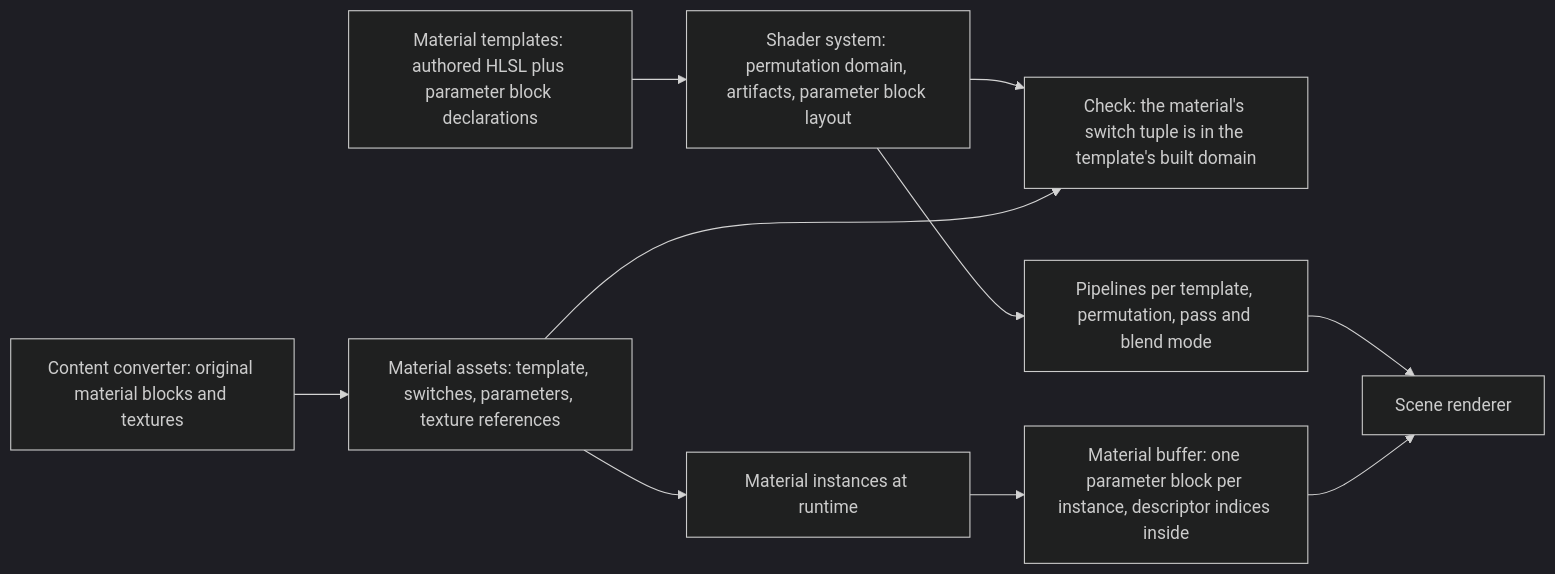
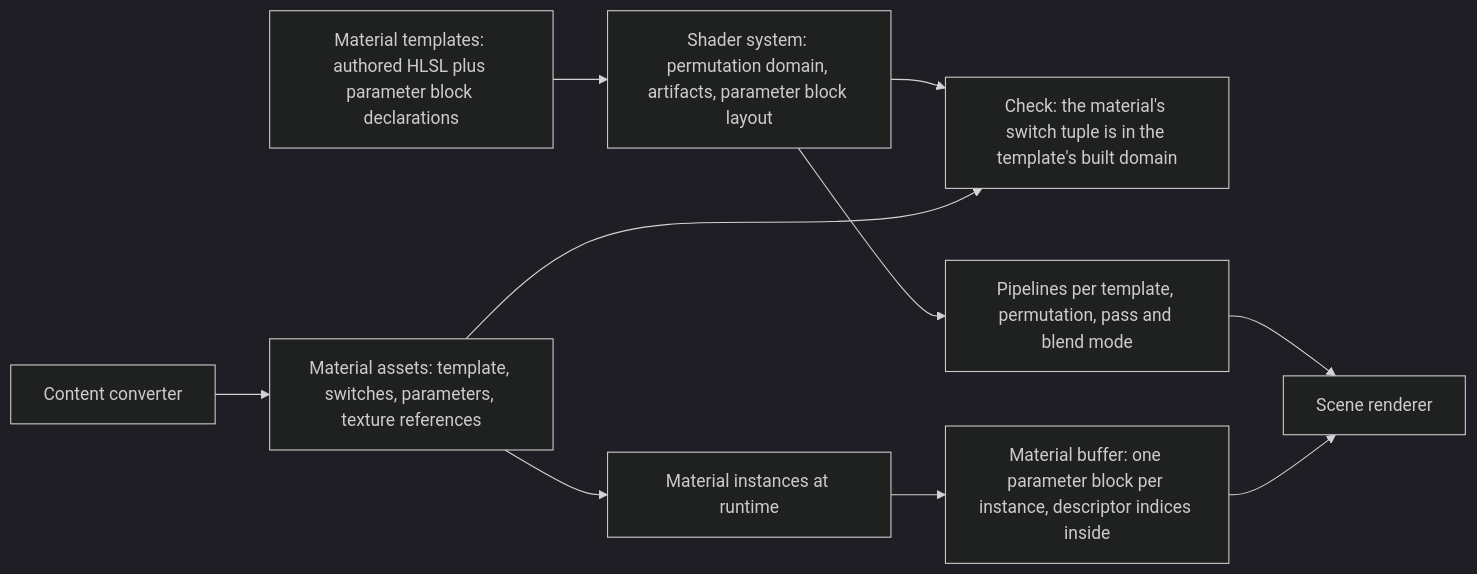
Before and after one commit to plainsight-systems/bullet-witch: the first of 3 diagrams in docs/architecture/materials.md, drawn with Mermaid (dark theme). The commit also changed other lines of this file and 113 other files, not shown here.

````diff
--- a/docs/architecture/materials.md
+++ b/docs/architecture/materials.md
@@ -18,12 +18,12 @@
 ```mermaid
 flowchart LR
-    IMP["Content converter: original material blocks and textures"] --> MA["Material assets: template, switches, parameters, texture references"]
+    IMP["Content converter"] --> MA["Material assets: template, switches, parameters, texture references"]
     T["Material templates: authored HLSL plus parameter block declarations"] --> SS["Shader system: permutation domain, artifacts, parameter block layout"]
     SS --> CH["Check: the material's switch tuple is in the template's built domain"]
     MA --> CH
     MA --> MI["Material instances at runtime"]
     SS --> PL["Pipelines per template, permutation, pass and blend mode"]
     MI --> UB["Material buffer: one parameter block per instance, descriptor indices inside"]
     PL --> R["Scene renderer"]
     UB --> R
 ```
````
